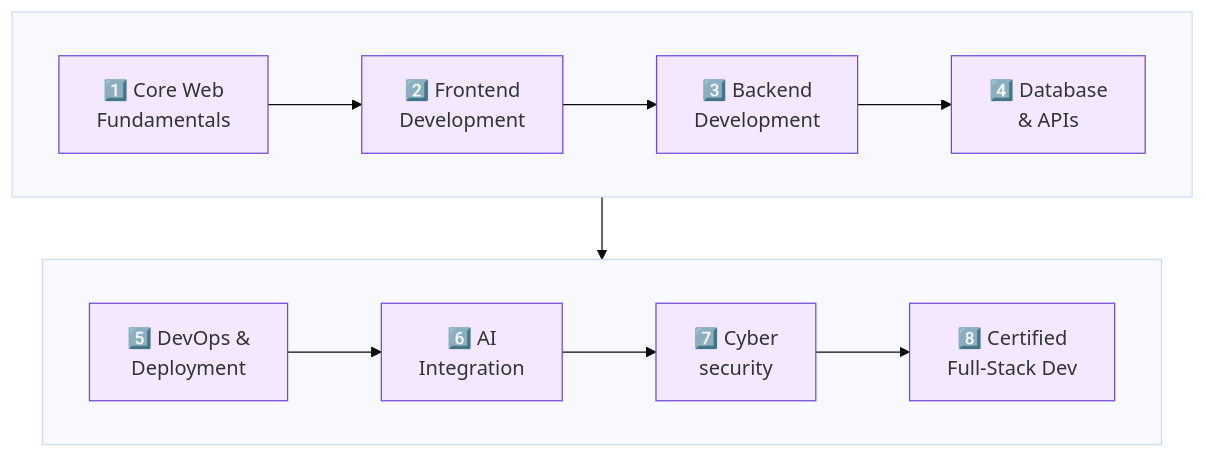
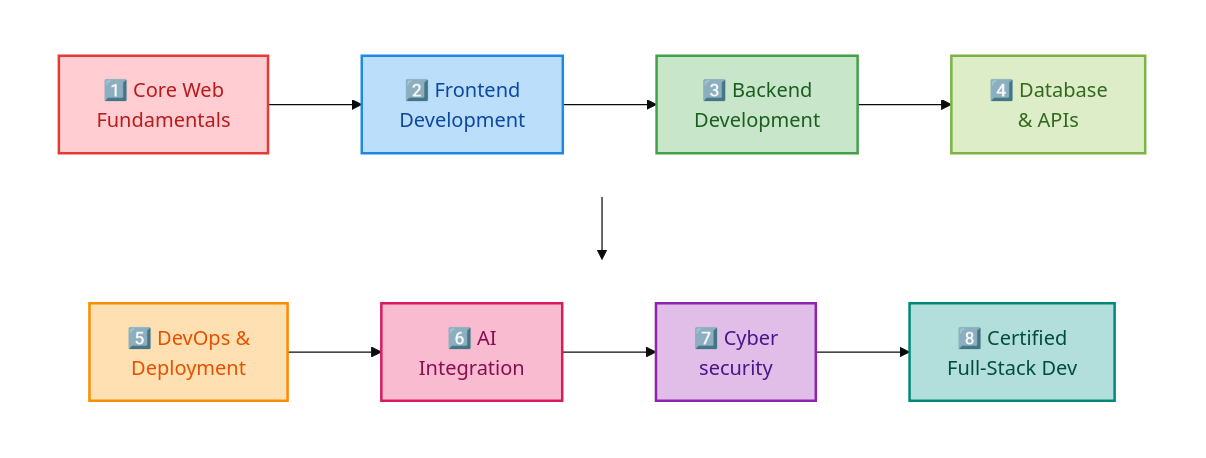
The diagram in README.md (tharimakeya-dev/tharimakeya-dev), drawn with Mermaid (base theme) before and after one commit. The commit also changed other lines of this file, not shown here.

````diff
--- a/README.md
+++ b/README.md
@@ -178,23 +179,26 @@
 ```mermaid
 flowchart TB
     subgraph R1[" "]
         direction LR
         A["1️⃣ Core Web<br/>Fundamentals"] --> B["2️⃣ Frontend<br/>Development"] --> C["3️⃣ Backend<br/>Development"] --> D["4️⃣ Database<br/>& APIs"]
     end
 
     subgraph R2[" "]
         direction LR
         E["5️⃣ DevOps &<br/>Deployment"] --> F["6️⃣ AI<br/>Integration"] --> G["7️⃣ Cyber<br/>security"] --> H["8️⃣ Certified<br/>Full-Stack Dev"]
     end
 
     R1 --> R2
 
-    style A fill:#f3e8ff,stroke:#7448d6
-    style B fill:#f3e8ff,stroke:#7448d6
-    style C fill:#f3e8ff,stroke:#7448d6
-    style D fill:#f3e8ff,stroke:#7448d6
-    style E fill:#f3e8ff,stroke:#7448d6
-    style F fill:#f3e8ff,stroke:#7448d6
-    style G fill:#f3e8ff,stroke:#7448d6
-    style H fill:#f3e8ff,stroke:#7448d6
+    style R1 fill:none,stroke:none
+    style R2 fill:none,stroke:none
+
+    style A fill:#ffcdd2,stroke:#e53935,stroke-width:2px,color:#b71c1c
+    style B fill:#bbdefb,stroke:#1e88e5,stroke-width:2px,color:#0d47a1
+    style C fill:#c8e6c9,stroke:#43a047,stroke-width:2px,color:#1b5e20
+    style D fill:#dcedc8,stroke:#7cb342,stroke-width:2px,color:#33691e
+    style E fill:#ffe0b2,stroke:#fb8c00,stroke-width:2px,color:#e65100
+    style F fill:#f8bbd0,stroke:#d81b60,stroke-width:2px,color:#880e4f
+    style G fill:#e1bee7,stroke:#8e24aa,stroke-width:2px,color:#4a148c
+    style H fill:#b2dfdb,stroke:#00897b,stroke-width:2px,color:#004d40
 ```
````
